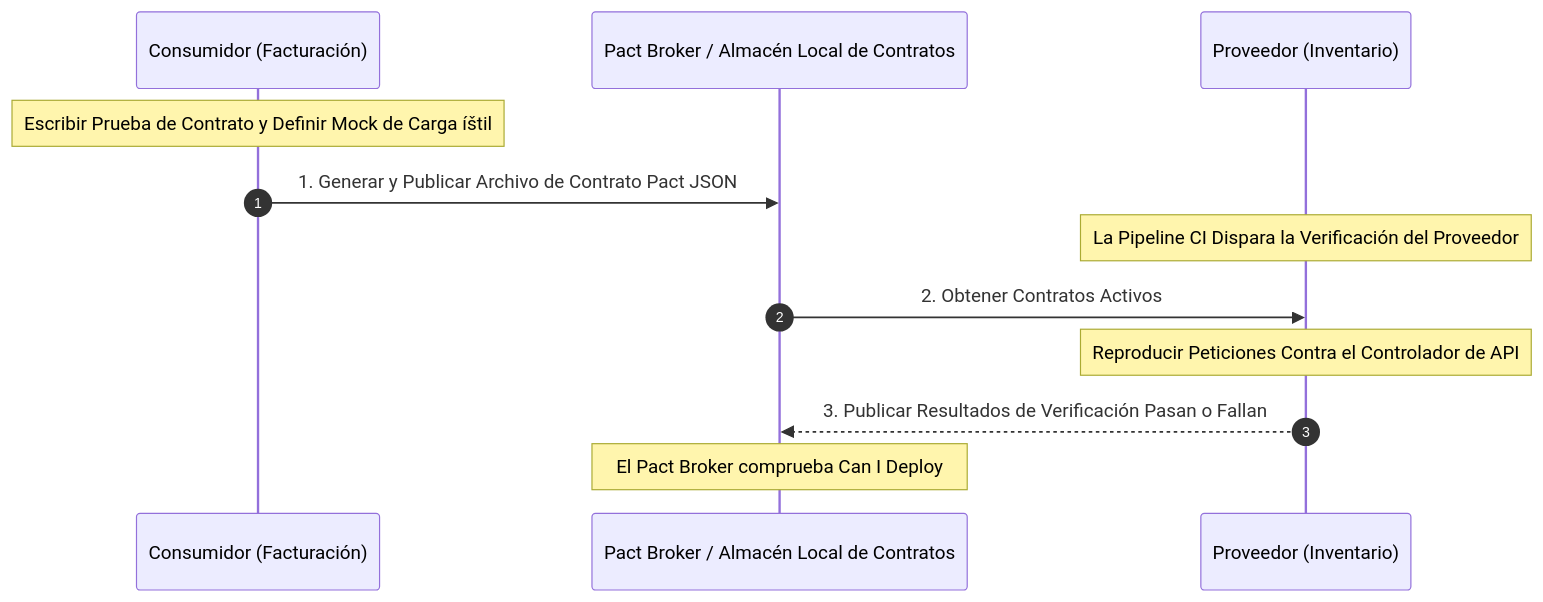
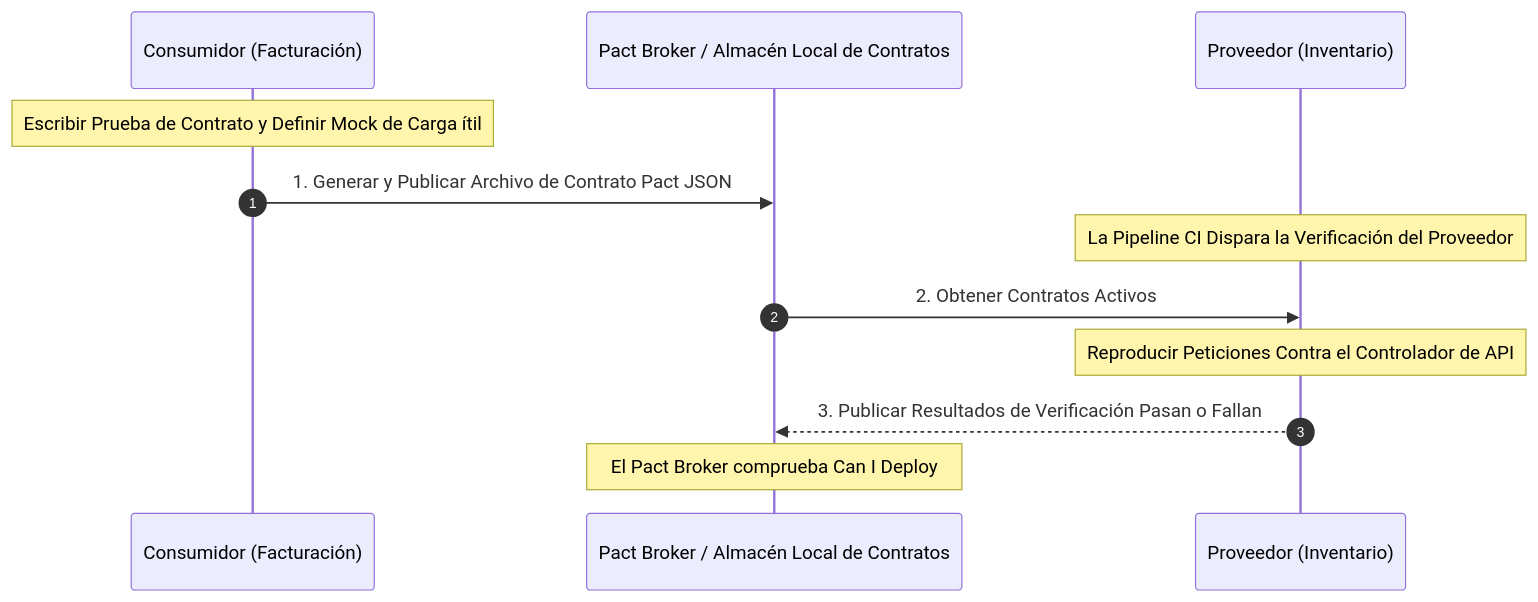
Before and after one commit to beyondnetcode/arc32_progresive_monolith: the diagram in governance/standards-es/engineering/contract-testing-guideline.md, drawn with Mermaid. The commit also changed other lines of this file and 328 other files, not shown here.

Commit message:
chore: update and synchronize governance, architecture, and SDLC documentation across multiple languages

````diff
--- a/governance/standards-es/engineering/contract-testing-guideline.md
+++ b/governance/standards-es/engineering/contract-testing-guideline.md
@@ -19,15 +19,15 @@
 ```mermaid
 sequenceDiagram
-    autonumber
-    participant Cons as Consumidor (Facturación)
-    participant Pact as Pact Broker / Almacén Local de Contratos
-    participant Prov as Proveedor (Inventario)
+ autonumber
+ participant Cons as Consumidor (Facturación)
+ participant Pact as Pact Broker / Almacén Local de Contratos
+ participant Prov as Proveedor (Inventario)
 
-    Note over Cons: Escribir Prueba de Contrato y Definir Mock de Carga íštil
-    Cons->>Pact: 1. Generar y Publicar Archivo de Contrato Pact JSON
-    Note over Prov: La Pipeline CI Dispara la Verificación del Proveedor
-    Pact->>Prov: 2. Obtener Contratos Activos
-    Note over Prov: Reproducir Peticiones Contra el Controlador de API
-    Prov-->>Pact: 3. Publicar Resultados de Verificación Pasan o Fallan
-    Note over Pact: El Pact Broker comprueba Can I Deploy
+ Note over Cons: Escribir Prueba de Contrato y Definir Mock de Carga ítil
+ Cons->>Pact: 1. Generar y Publicar Archivo de Contrato Pact JSON
+ Note over Prov: La Pipeline CI Dispara la Verificación del Proveedor
+ Pact->>Prov: 2. Obtener Contratos Activos
+ Note over Prov: Reproducir Peticiones Contra el Controlador de API
+ Prov-->>Pact: 3. Publicar Resultados de Verificación Pasan o Fallan
+ Note over Pact: El Pact Broker comprueba Can I Deploy
 ```
````
